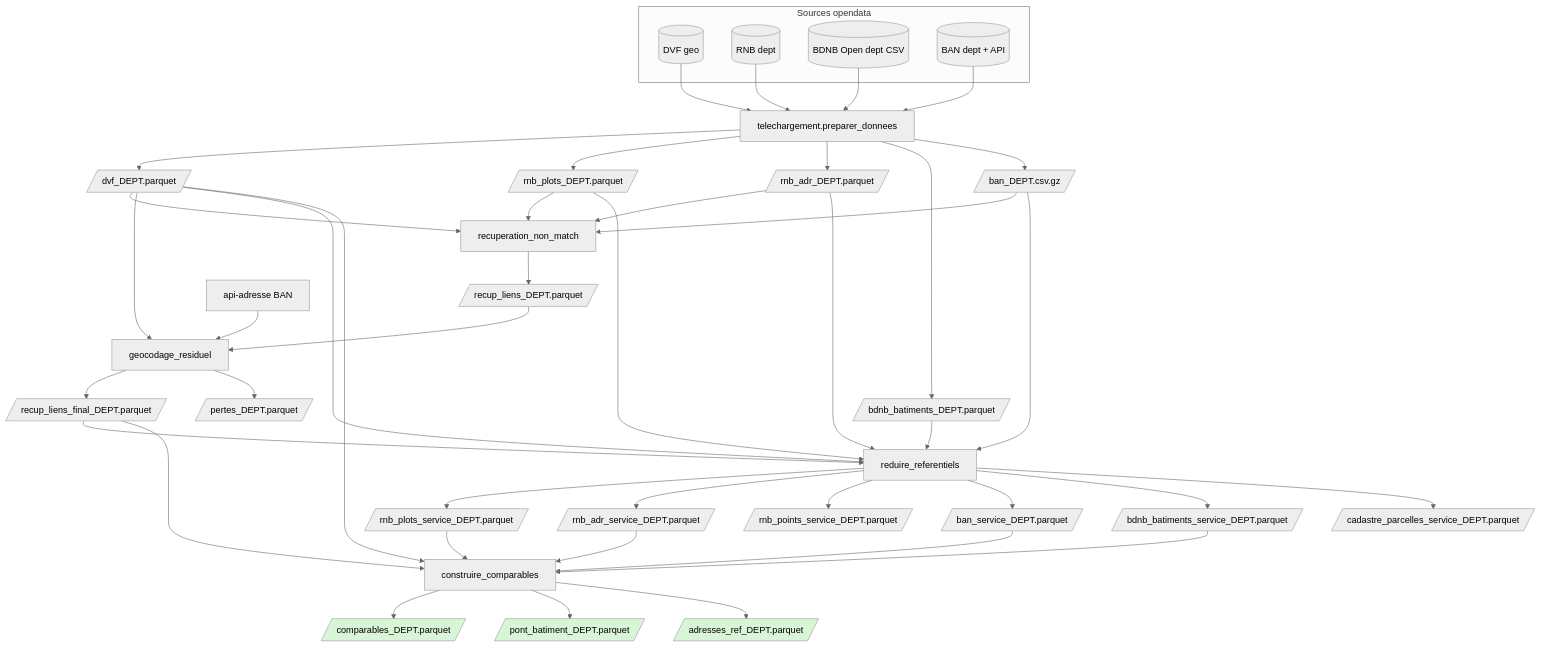
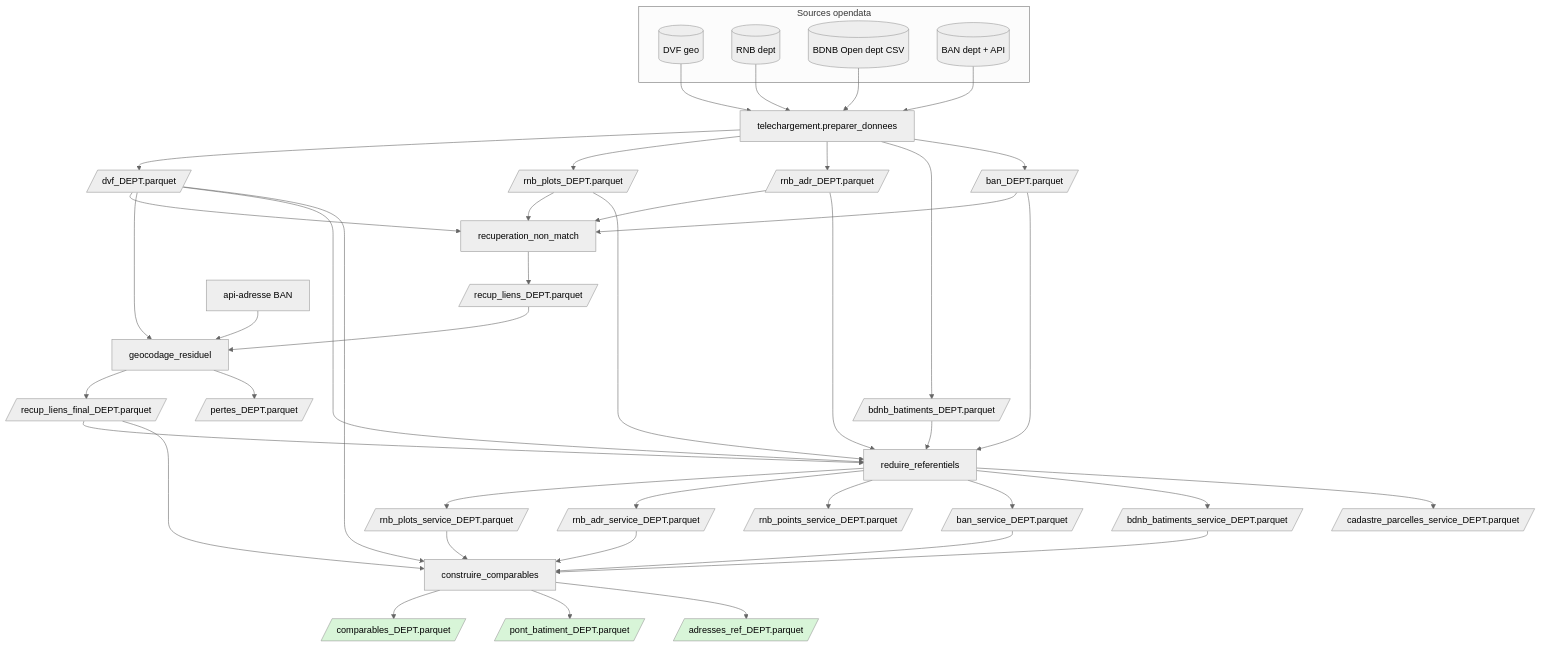
One commit to WildBenji/primmobilier changed the first of 2 diagrams in docs/PIPELINE.md. Above: the diagram before and after it, drawn with Mermaid (neutral theme). The commit also changed other lines of this file and 8 other files, not shown here.

````diff
--- a/docs/PIPELINE.md
+++ b/docs/PIPELINE.md
@@ -44,58 +47,58 @@
 ```mermaid
 flowchart TD
     subgraph SRC[Sources opendata]
         DVF[(DVF geo)]
         RNB[(RNB dept)]
         BDNB[(BDNB Open dept CSV)]
         BAN[(BAN dept + API)]
     end
 
     DVF --> PREP[telechargement.preparer_donnees]
     RNB --> PREP
     BDNB --> PREP
     BAN --> PREP
     PREP --> I1[/dvf_DEPT.parquet/]
     PREP --> I2[/rnb_plots_DEPT.parquet/]
     PREP --> I3[/rnb_adr_DEPT.parquet/]
     PREP --> I4[/bdnb_batiments_DEPT.parquet/]
-    PREP --> I5[/ban_DEPT.csv.gz/]
+    PREP --> I5[/ban_DEPT.parquet/]
 
     I1 --> REC[recuperation_non_match]
     I2 --> REC
     I3 --> REC
     I5 --> REC
     REC --> RL[/recup_liens_DEPT.parquet/]
 
     RL --> GEO[geocodage_residuel]
     I1 --> GEO
     BANAPI[api-adresse BAN] --> GEO
     GEO --> RLF[/recup_liens_final_DEPT.parquet/]
     GEO --> PERTES[/pertes_DEPT.parquet/]
 
     RLF --> RED[reduire_referentiels]
     I1 --> RED
     I2 --> RED
     I3 --> RED
     I4 --> RED
     I5 --> RED
     RED --> S1[/rnb_plots_service_DEPT.parquet/]
     RED --> S2[/rnb_adr_service_DEPT.parquet/]
     RED --> S3[/rnb_points_service_DEPT.parquet/]
     RED --> S4[/ban_service_DEPT.parquet/]
     RED --> S5[/bdnb_batiments_service_DEPT.parquet/]
     RED --> S6[/cadastre_parcelles_service_DEPT.parquet/]
 
     RLF --> CMP[construire_comparables]
     I1 --> CMP
     S1 --> CMP
     S2 --> CMP
     S4 --> CMP
     S5 --> CMP
     CMP --> C1[/comparables_DEPT.parquet/]
     CMP --> C2[/pont_batiment_DEPT.parquet/]
     CMP --> C3[/adresses_ref_DEPT.parquet/]
 
     style C1 fill:#d8f5d8
     style C2 fill:#d8f5d8
     style C3 fill:#d8f5d8
 ```
````
